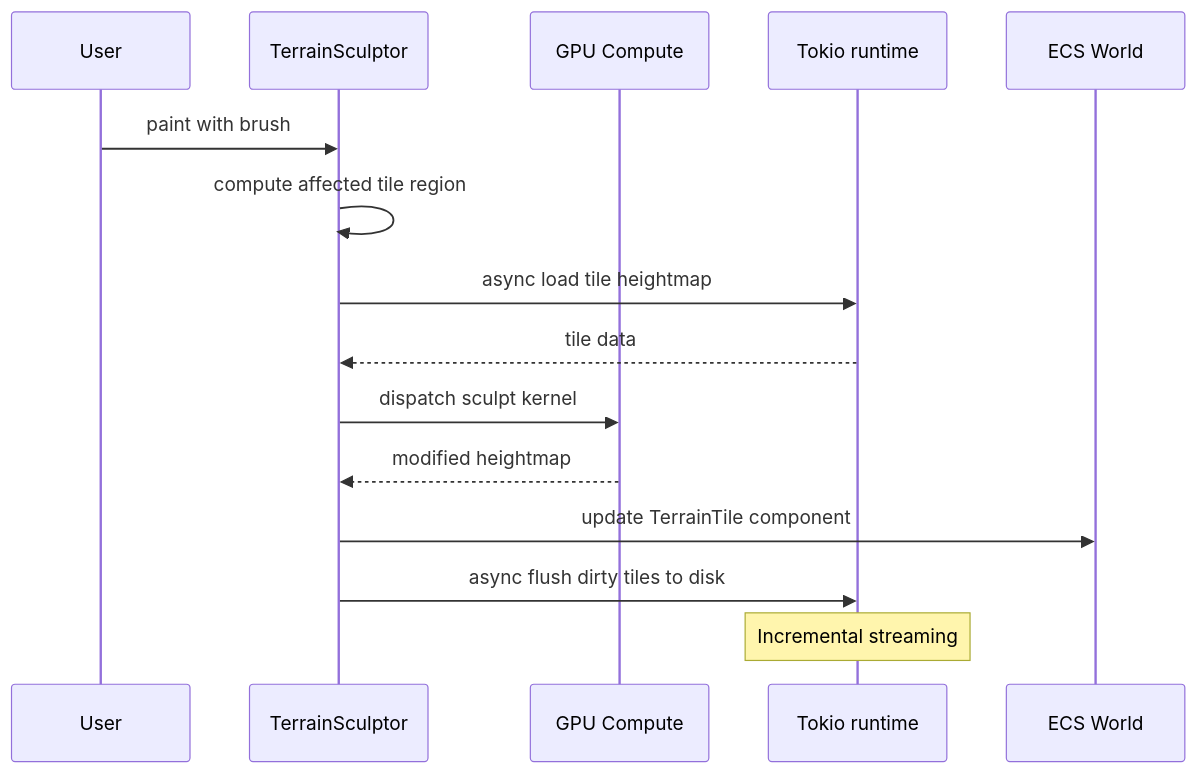
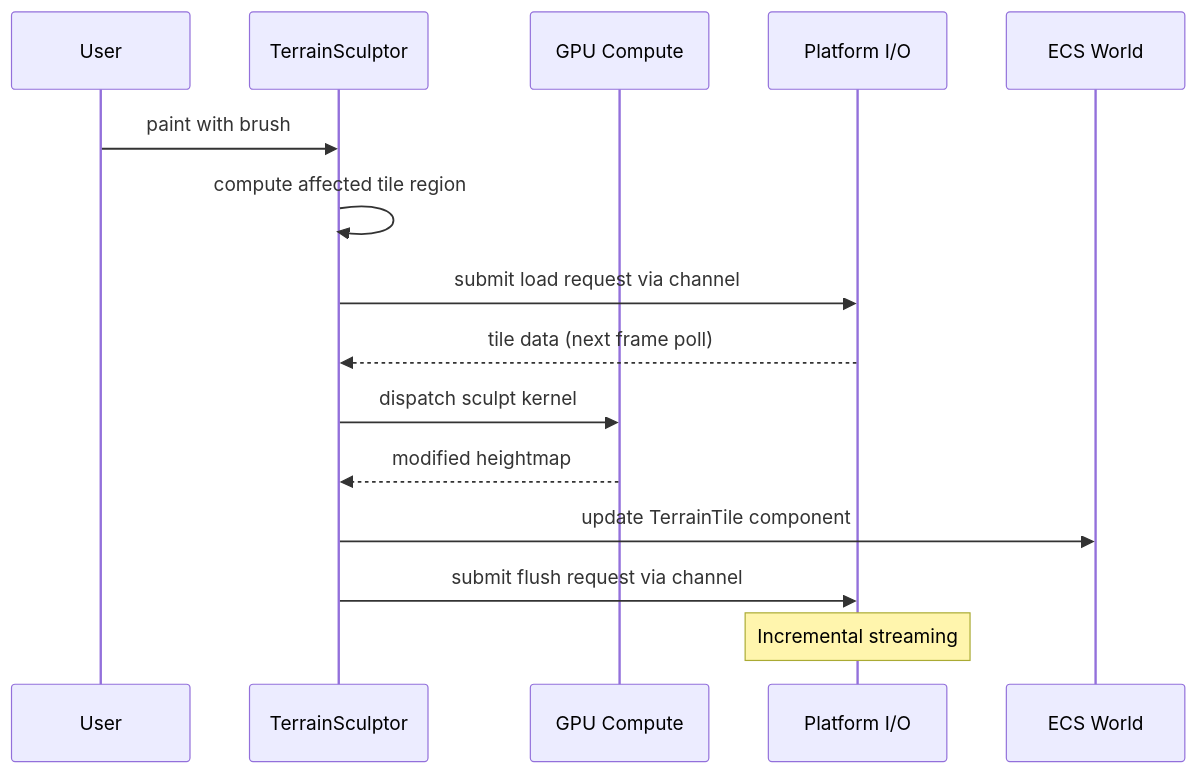
One commit to harmonius-dev/harmonius changed the fourth of 7 diagrams in docs/design/tools/level-world.md. Above: the diagram before and after it, drawn with Mermaid. The commit also changed other lines of this file and 174 other files, not shown here.

````diff
--- a/docs/design/tools/level-world.md
+++ b/docs/design/tools/level-world.md
@@ -233,18 +233,18 @@
 ```mermaid
 sequenceDiagram
     participant U as User
     participant TS as TerrainSculptor
     participant GPU as GPU Compute
-    participant IO as Tokio runtime
+    participant IO as Platform I/O
     participant ECS as ECS World
 
     U->>TS: paint with brush
     TS->>TS: compute affected tile region
-    TS->>IO: async load tile heightmap
-    IO-->>TS: tile data
+    TS->>IO: submit load request via channel
+    IO-->>TS: tile data (next frame poll)
     TS->>GPU: dispatch sculpt kernel
     GPU-->>TS: modified heightmap
     TS->>ECS: update TerrainTile component
-    TS->>IO: async flush dirty tiles to disk
+    TS->>IO: submit flush request via channel
     Note over IO: Incremental streaming
 ```
````
